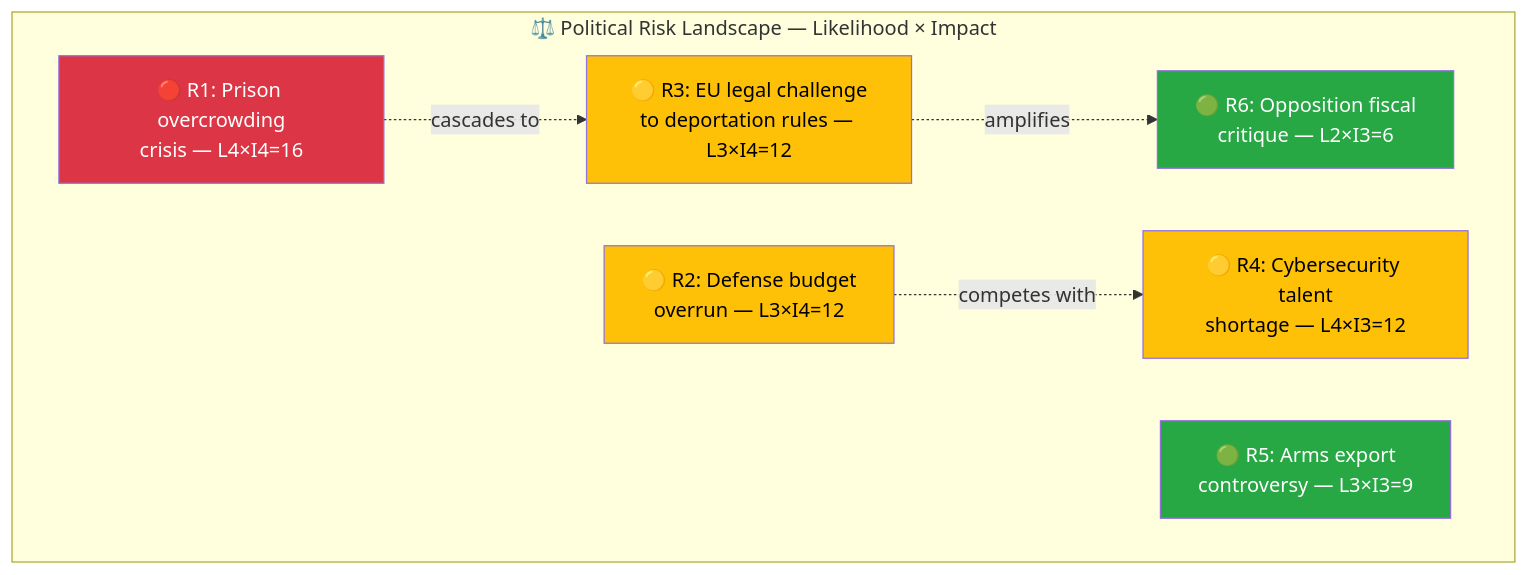
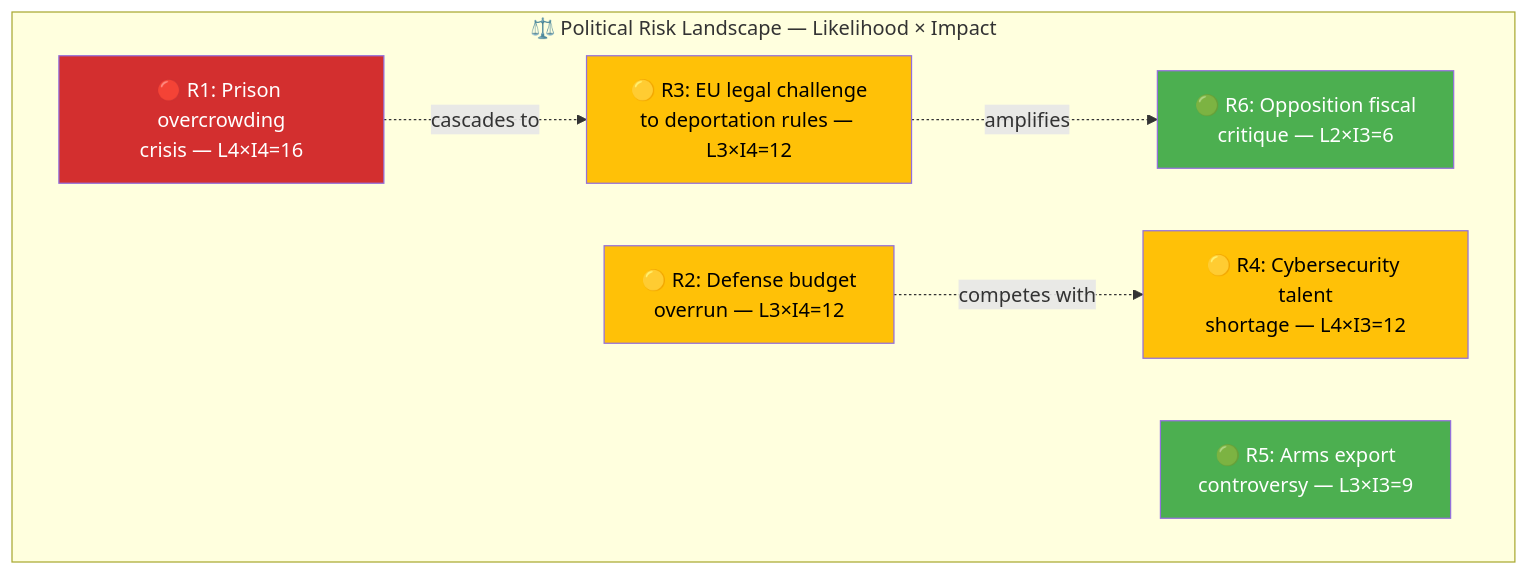
The first of 2 diagrams in analysis/daily/2026-04-03/realtime-1018/risk-assessment.md (Hack23/riksdagsmonitor), drawn with Mermaid before and after one commit. The commit also changed other lines of this file and 785 other files, not shown here.

First line of the commit message:
Normalize mermaid colors across 786 analysis artifacts to ISMS Style Guide palette

````diff
--- a/analysis/daily/2026-04-03/realtime-1018/risk-assessment.md
+++ b/analysis/daily/2026-04-03/realtime-1018/risk-assessment.md
@@ -21,22 +21,22 @@
 ```mermaid
 graph TD
     subgraph "⚖️ Political Risk Landscape — Likelihood × Impact"
         R1["🔴 R1: Prison overcrowding<br/>crisis — L4×I4=16"]
         R2["🟡 R2: Defense budget<br/>overrun — L3×I4=12"]
         R3["🟡 R3: EU legal challenge<br/>to deportation rules — L3×I4=12"]
         R4["🟡 R4: Cybersecurity talent<br/>shortage — L4×I3=12"]
         R5["🟢 R5: Arms export<br/>controversy — L3×I3=9"]
         R6["🟢 R6: Opposition fiscal<br/>critique — L2×I3=6"]
     end
 
     R1 -.->|"cascades to"| R3
     R3 -.->|"amplifies"| R6
     R2 -.->|"competes with"| R4
 
-    style R1 fill:#dc3545,color:#fff
-    style R2 fill:#ffc107,color:#000
-    style R3 fill:#ffc107,color:#000
-    style R4 fill:#ffc107,color:#000
-    style R5 fill:#28a745,color:#fff
-    style R6 fill:#28a745,color:#fff
+    style R1 fill:#D32F2F,color:#FFFFFF
+    style R2 fill:#FFC107,color:#000000
+    style R3 fill:#FFC107,color:#000000
+    style R4 fill:#FFC107,color:#000000
+    style R5 fill:#4CAF50,color:#FFFFFF
+    style R6 fill:#4CAF50,color:#FFFFFF
 ```
````
